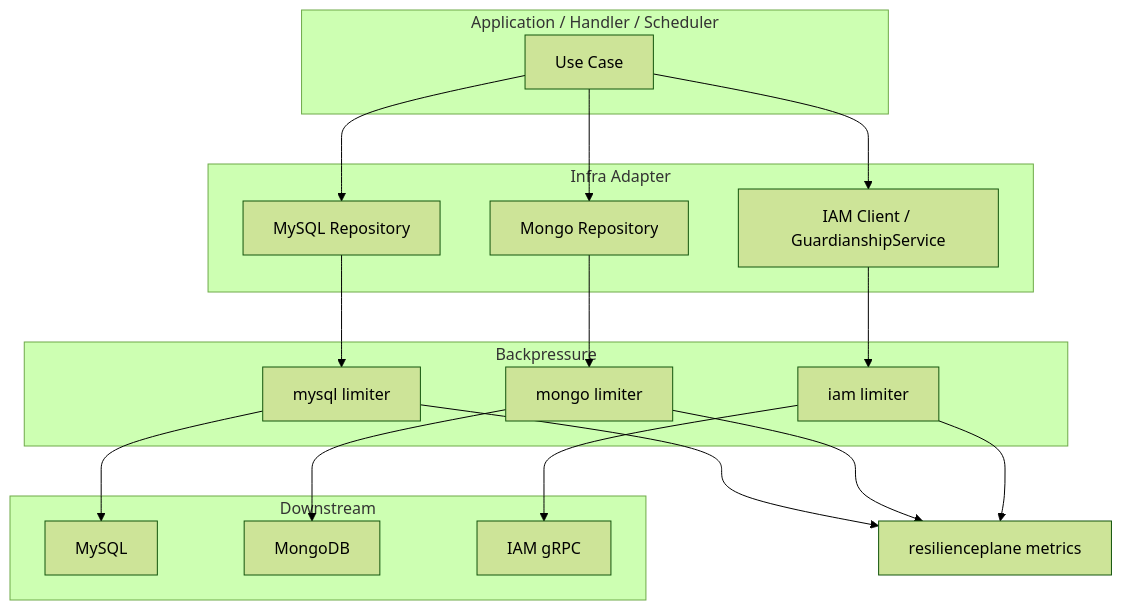
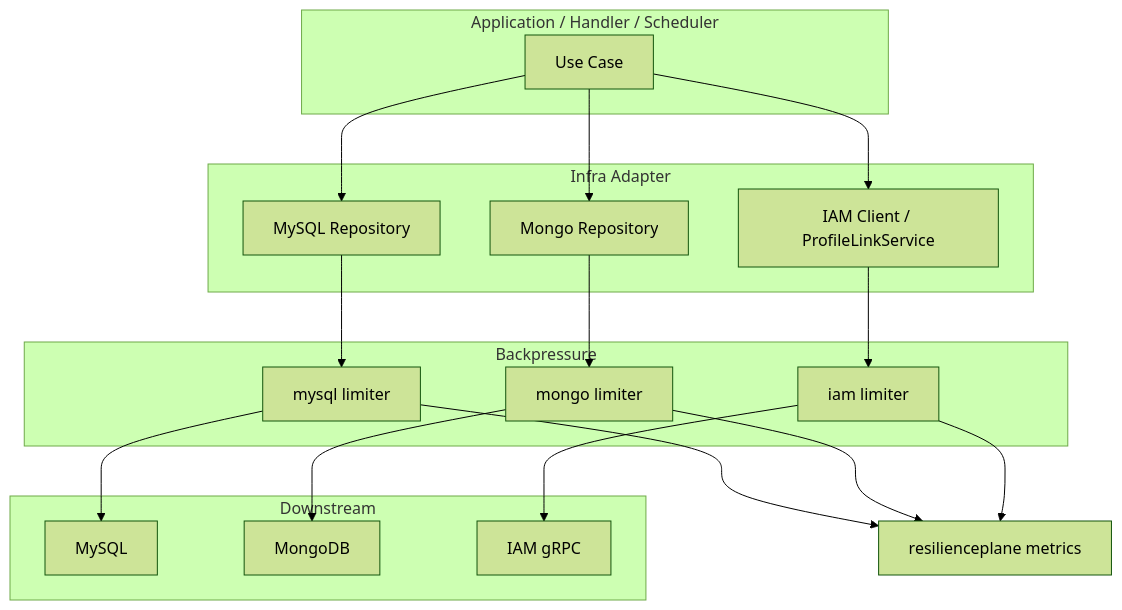
One commit to FangcunMount/qs-server changed the first of 2 diagrams in docs/03-基础设施/resilience/03-Backpressure下游背压.md. Above: the diagram before and after it, drawn with Mermaid (forest theme). The commit also changed other lines of this file and 26 other files, not shown here.

Commit message:
pref ProfileLink 概念替代 Guardianship 概念

````diff
--- a/docs/03-基础设施/resilience/03-Backpressure下游背压.md
+++ b/docs/03-基础设施/resilience/03-Backpressure下游背压.md
@@ -66,32 +66,32 @@
 ```mermaid
 flowchart TB
     subgraph Application["Application / Handler / Scheduler"]
         app["Use Case"]
     end
 
     subgraph Infra["Infra Adapter"]
         mysqlRepo["MySQL Repository"]
         mongoRepo["Mongo Repository"]
-        iamClient["IAM Client / GuardianshipService"]
+        iamClient["IAM Client / ProfileLinkService"]
     end
 
     subgraph BP["Backpressure"]
         mysqlLimiter["mysql limiter"]
         mongoLimiter["mongo limiter"]
         iamLimiter["iam limiter"]
     end
 
     subgraph Downstream["Downstream"]
         mysql["MySQL"]
         mongo["MongoDB"]
         iam["IAM gRPC"]
     end
 
     app --> mysqlRepo --> mysqlLimiter --> mysql
     app --> mongoRepo --> mongoLimiter --> mongo
     app --> iamClient --> iamLimiter --> iam
 
     mysqlLimiter --> obs["resilienceplane metrics"]
     mongoLimiter --> obs
     iamLimiter --> obs
 ```
````
